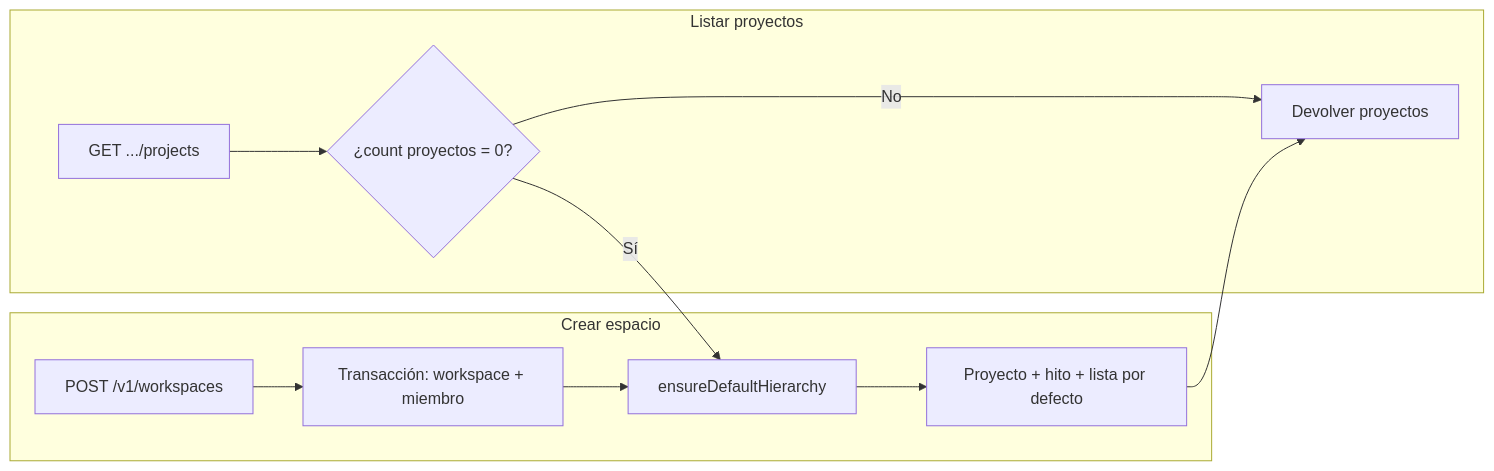
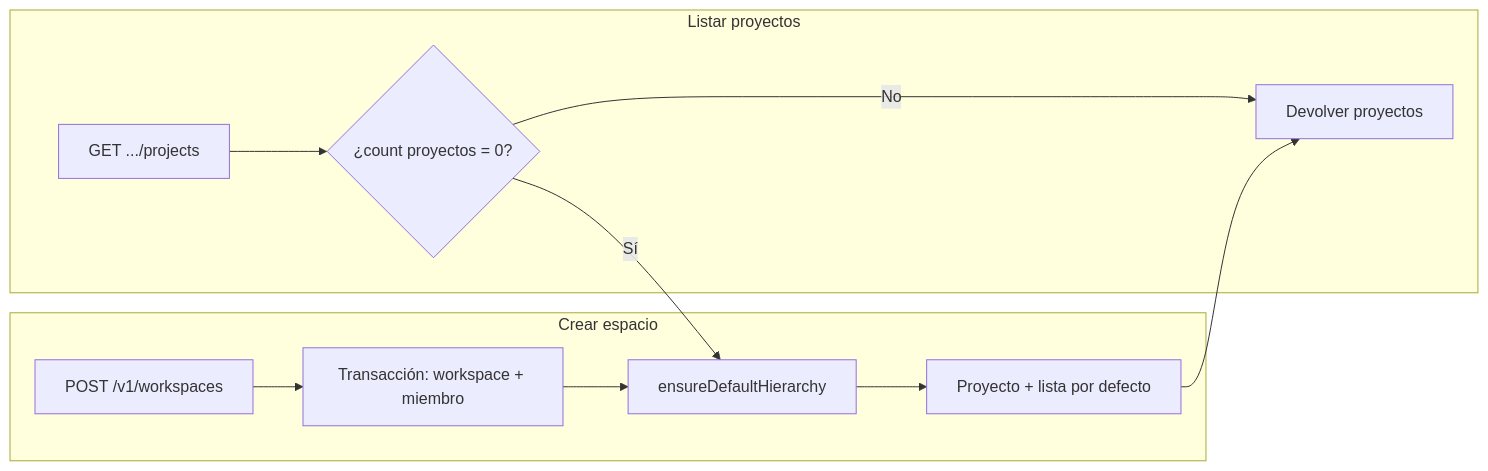
One commit to jorivan104-debug/DoTask changed the second of 2 diagrams in docs/PLAN-CONSTITUTIVO.md. Above: the diagram before and after it, drawn with Mermaid. The commit also changed other lines of this file and 75 other files, not shown here.

````diff
--- a/docs/PLAN-CONSTITUTIVO.md
+++ b/docs/PLAN-CONSTITUTIVO.md
@@ -206,14 +202,14 @@
 ```mermaid
 flowchart LR
   subgraph crear["Crear espacio"]
     A["POST /v1/workspaces"] --> B["Transacción: workspace + miembro"]
     B --> C["ensureDefaultHierarchy"]
-    C --> D["Proyecto + hito + lista por defecto"]
+    C --> D["Proyecto + lista por defecto"]
   end
   subgraph leer["Listar proyectos"]
     E["GET .../projects"] --> F{"¿count proyectos = 0?"}
     F -->|Sí| C
     F -->|No| G["Devolver proyectos"]
     D --> G
   end
 ```
````
